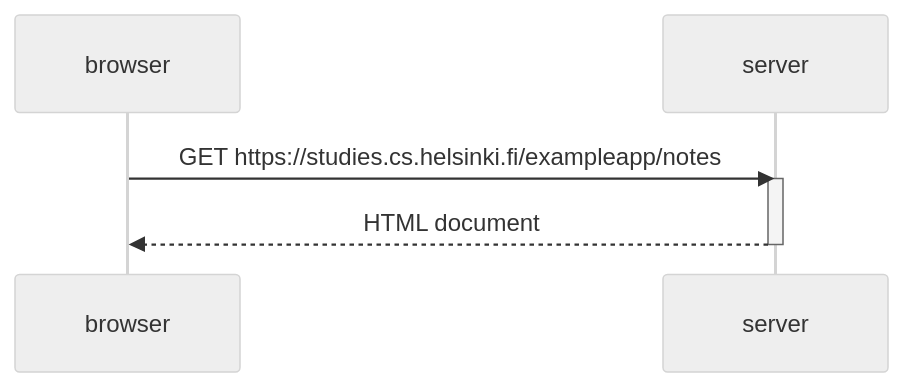
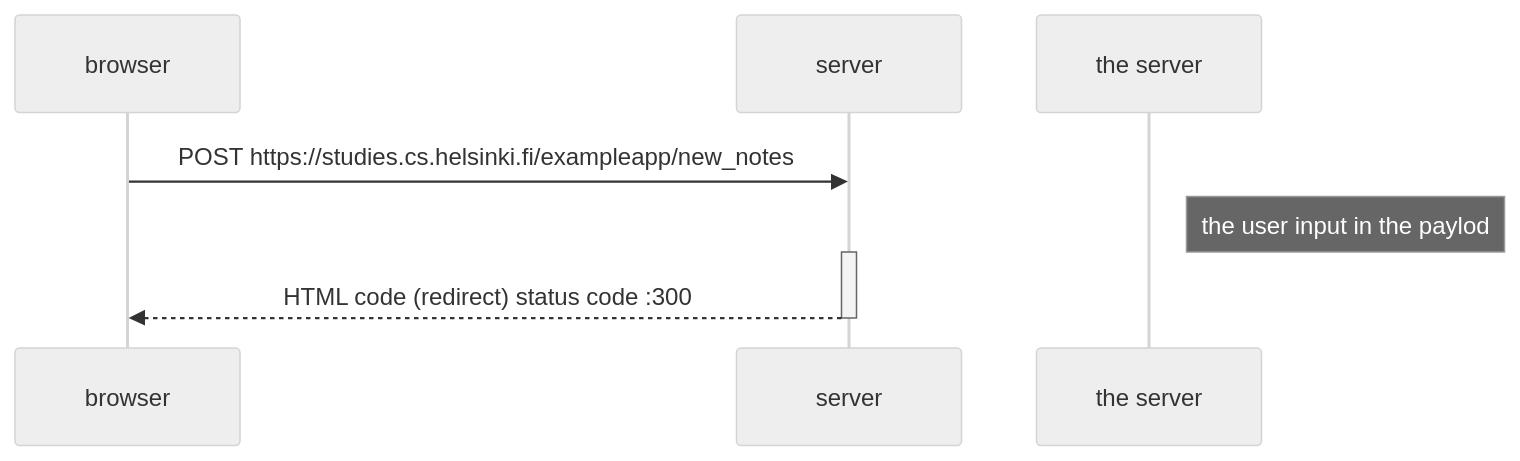
Before and after one commit to andersonkwok/git001: the diagram in 0.4.md, drawn with Mermaid (neutral theme).

````diff
--- a/0.4.md
+++ b/0.4.md
@@ -2,10 +2,12 @@
 ```mermaid
 sequenceDiagram
     participant browser
     participant server
 
-    browser->>server: GET https://studies.cs.helsinki.fi/exampleapp/notes
+    browser->>server: POST https://studies.cs.helsinki.fi/exampleapp/new_notes
+    Note right of the server: the user input in the paylod
     activate server
-    server-->>browser: HTML document
+    server-->>browser: HTML code (redirect) status code :300
     deactivate server
+
 ```
````
